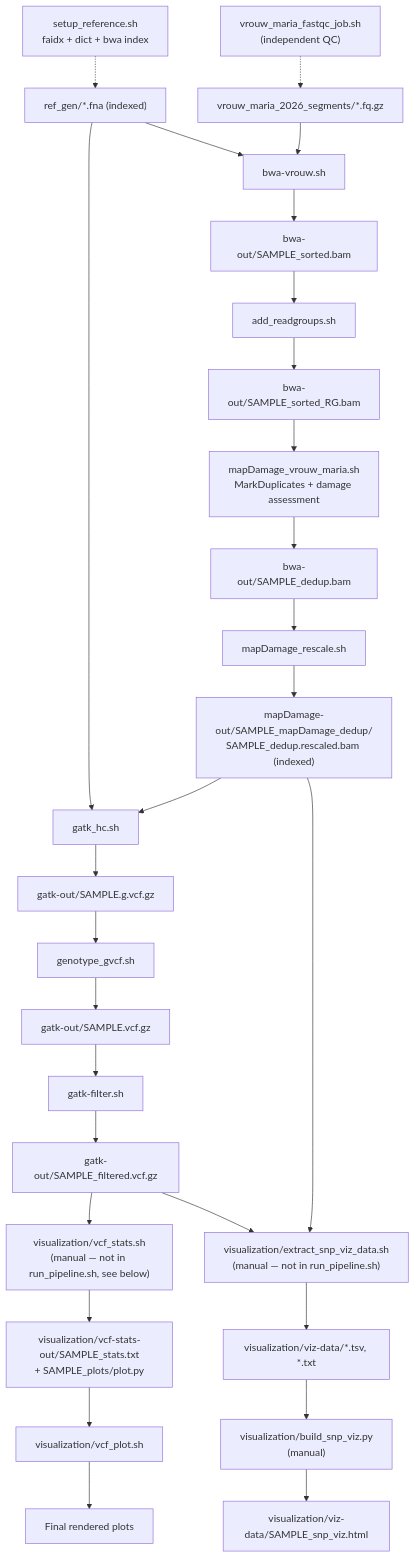
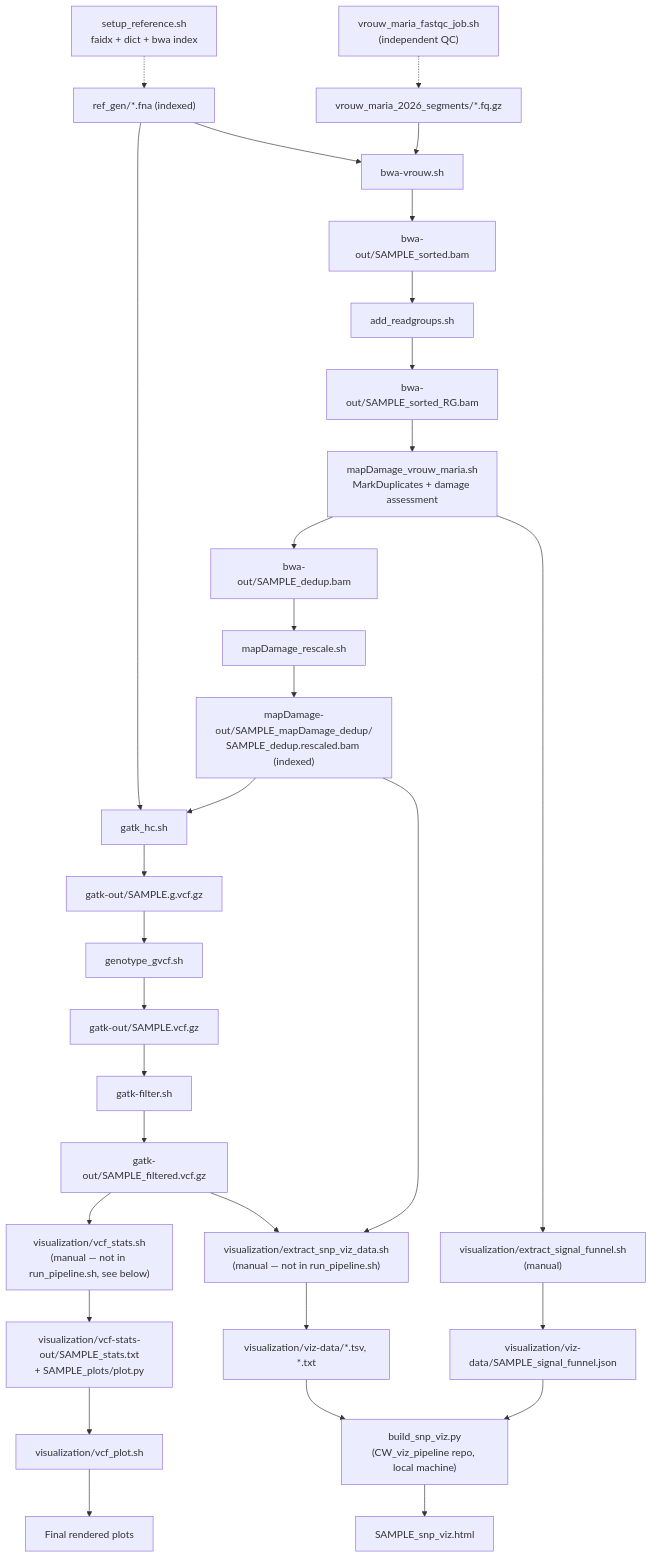
Before and after one commit to waahtoeerp/the_coffee_wrecks: the diagram in PIPELINE.md, drawn with Mermaid. The commit also changed other lines of this file and 1 other file, not shown here.

First line of the commit message:
Add signal-funnel extraction + document coverage/depth root cause

````diff
--- a/PIPELINE.md
+++ b/PIPELINE.md
@@ -5,30 +5,33 @@
 ```mermaid
 flowchart TD
     S["setup_reference.sh\nfaidx + dict + bwa index"] -.-> REF["ref_gen/*.fna (indexed)"]
     Z["vrouw_maria_fastqc_job.sh\n(independent QC)"] -.-> RAW["vrouw_maria_2026_segments/*.fq.gz"]
     REF --> A["bwa-vrouw.sh"]
     RAW --> A
     A --> B["bwa-out/SAMPLE_sorted.bam"]
     B --> G["add_readgroups.sh"]
     G --> H["bwa-out/SAMPLE_sorted_RG.bam"]
     H --> C["mapDamage_vrouw_maria.sh\nMarkDuplicates + damage assessment"]
     C --> D["bwa-out/SAMPLE_dedup.bam"]
     D --> E["mapDamage_rescale.sh"]
     E --> F["mapDamage-out/SAMPLE_mapDamage_dedup/\nSAMPLE_dedup.rescaled.bam (indexed)"]
     REF --> I
     F --> I["gatk_hc.sh"]
     I --> J["gatk-out/SAMPLE.g.vcf.gz"]
     J --> K["genotype_gvcf.sh"]
     K --> L["gatk-out/SAMPLE.vcf.gz"]
     L --> M["gatk-filter.sh"]
     M --> N["gatk-out/SAMPLE_filtered.vcf.gz"]
     N --> O["visualization/vcf_stats.sh\n(manual — not in run_pipeline.sh, see below)"]
     O --> P["visualization/vcf-stats-out/SAMPLE_stats.txt\n+ SAMPLE_plots/plot.py"]
     P --> Q["visualization/vcf_plot.sh"]
     Q --> R["Final rendered plots"]
     N --> X["visualization/extract_snp_viz_data.sh\n(manual — not in run_pipeline.sh)"]
     F --> X
     X --> Y["visualization/viz-data/*.tsv, *.txt"]
-    Y --> W["visualization/build_snp_viz.py\n(manual)"]
-    W --> V["visualization/viz-data/SAMPLE_snp_viz.html"]
+    C --> X2["visualization/extract_signal_funnel.sh\n(manual)"]
+    X2 --> Y2["visualization/viz-data/SAMPLE_signal_funnel.json"]
+    Y --> W["build_snp_viz.py\n(CW_viz_pipeline repo, local machine)"]
+    Y2 --> W
+    W --> V["SAMPLE_snp_viz.html"]
 ```
````
